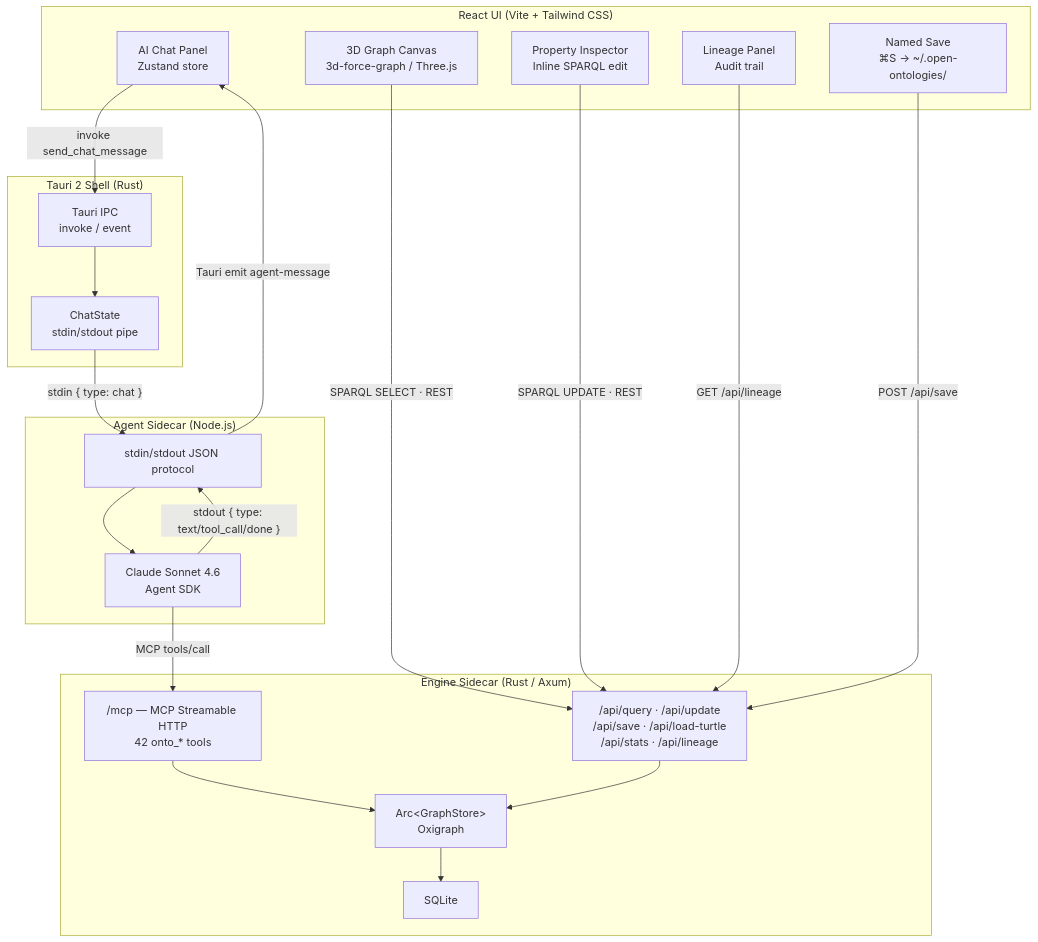
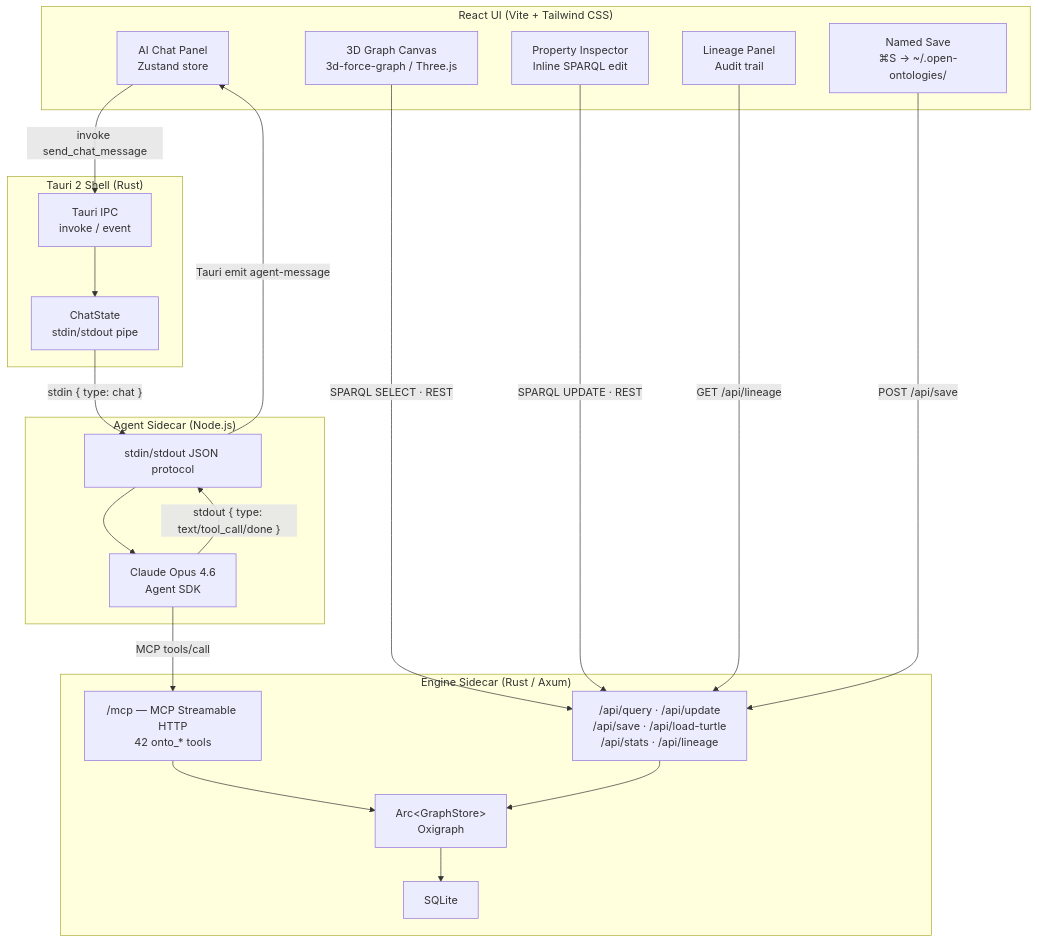
One commit to fabio-rovai/open-ontologies changed the second of 2 diagrams in README.md. Above: the diagram before and after it, drawn with Mermaid. The commit also changed other lines of this file and 2 other files, not shown here.

First line of the commit message:
fix: upgrade agent model from Sonnet to Opus 4.6

````diff
--- a/README.md
+++ b/README.md
@@ -345,42 +345,42 @@
 ```mermaid
 flowchart TD
     subgraph UI["React UI (Vite + Tailwind CSS)"]
         Graph["3D Graph Canvas\n3d-force-graph / Three.js"]
         Chat["AI Chat Panel\nZustand store"]
         Inspector["Property Inspector\nInline SPARQL edit"]
         Lineage["Lineage Panel\nAudit trail"]
         Save["Named Save\n⌘S → ~/.open-ontologies/"]
     end
 
     subgraph Tauri["Tauri 2 Shell (Rust)"]
         IPC["Tauri IPC\ninvoke / event"]
         ChatState["ChatState\nstdin/stdout pipe"]
     end
 
     subgraph Engine["Engine Sidecar (Rust / Axum)"]
         MCP["/mcp — MCP Streamable HTTP\n42 onto_* tools"]
         REST2["/api/query · /api/update\n/api/save · /api/load-turtle\n/api/stats · /api/lineage"]
         Store["Arc&lt;GraphStore&gt;\nOxigraph"]
         DB["SQLite"]
     end
 
     subgraph Agent["Agent Sidecar (Node.js)"]
-        SDK["Claude Sonnet 4.6\nAgent SDK"]
+        SDK["Claude Opus 4.6\nAgent SDK"]
         Proto["stdin/stdout JSON protocol"]
     end
 
     Graph -->|"SPARQL SELECT · REST"| REST2
     Inspector -->|"SPARQL UPDATE · REST"| REST2
     Lineage -->|"GET /api/lineage"| REST2
     Save -->|"POST /api/save"| REST2
     Chat -->|"invoke send_chat_message"| IPC
     IPC --> ChatState
     ChatState -->|"stdin { type: chat }"| Proto
     Proto --> SDK
     SDK -->|"MCP tools/call"| MCP
     SDK -->|"stdout { type: text/tool_call/done }"| Proto
     Proto -->|"Tauri emit agent-message"| Chat
     MCP --> Store
     REST2 --> Store
     Store --> DB
 ```
````
